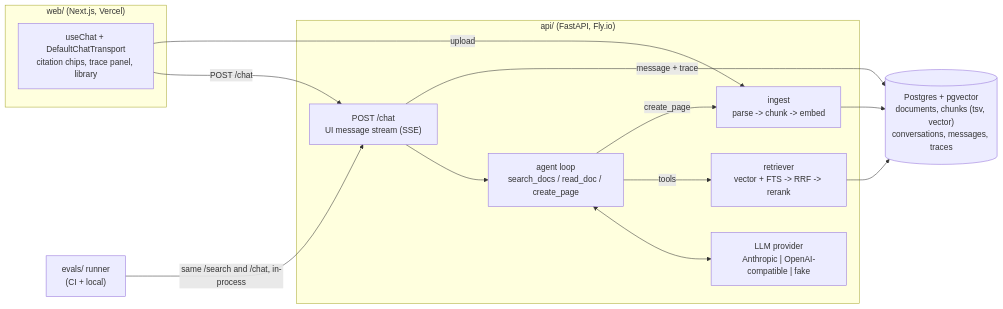
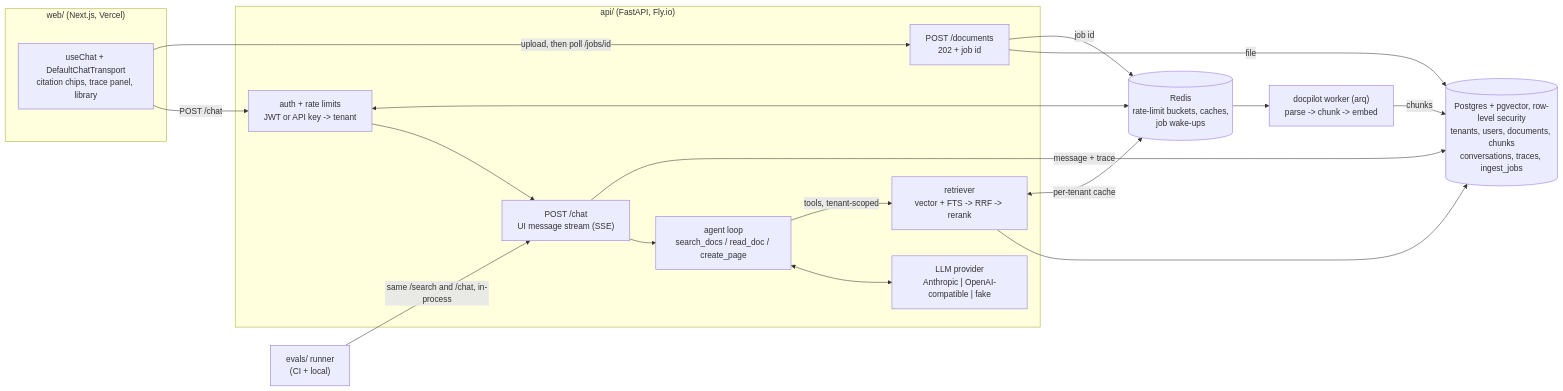
The diagram in README.md (scatyf3/DocPilot), drawn with Mermaid before and after one commit. The commit also changed other lines of this file and 5 other files, not shown here.

````diff
--- a/README.md
+++ b/README.md
@@ -16,23 +17,28 @@
 ```mermaid
 flowchart LR
     subgraph Web["web/ (Next.js, Vercel)"]
         UI["useChat + DefaultChatTransport<br/>citation chips, trace panel, library"]
     end
     subgraph API["api/ (FastAPI, Fly.io)"]
         Chat["POST /chat<br/>UI message stream (SSE)"]
         Agent["agent loop<br/>search_docs / read_doc / create_page"]
         LLM["LLM provider<br/>Anthropic | OpenAI-compatible | fake"]
         Ret["retriever<br/>vector + FTS -> RRF -> rerank"]
-        Ing["ingest<br/>parse -> chunk -> embed"]
+        Up["POST /documents<br/>202 + job id"]
+        Auth["auth + rate limits<br/>JWT or API key -> tenant"]
     end
-    PG[("Postgres + pgvector<br/>documents, chunks (tsv, vector)<br/>conversations, messages, traces")]
+    Worker["docpilot worker (arq)<br/>parse -> chunk -> embed"]
+    PG[("Postgres + pgvector, row-level security<br/>tenants, users, documents, chunks<br/>conversations, traces, ingest_jobs")]
+    Redis[("Redis<br/>rate-limit buckets, caches,<br/>job wake-ups")]
     Evals["evals/ runner<br/>(CI + local)"]
 
-    UI -->|POST /chat| Chat --> Agent
+    UI -->|POST /chat| Auth --> Chat --> Agent
     Agent <--> LLM
-    Agent -->|tools| Ret --> PG
-    Agent -->|create_page| Ing --> PG
+    Agent -->|tools, tenant-scoped| Ret --> PG
+    Ret <-->|per-tenant cache| Redis
+    Auth <--> Redis
     Chat -->|message + trace| PG
-    UI -->|upload| Ing
+    UI -->|upload, then poll /jobs/id| Up -->|file| PG
+    Up -->|job id| Redis --> Worker -->|chunks| PG
     Evals -->|same /search and /chat, in-process| Chat
 ```
````
